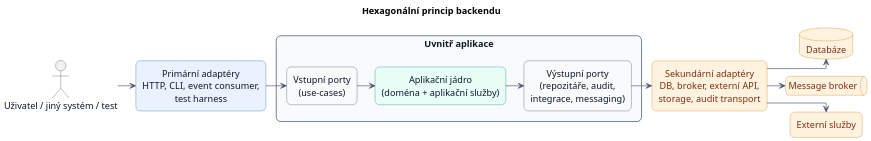
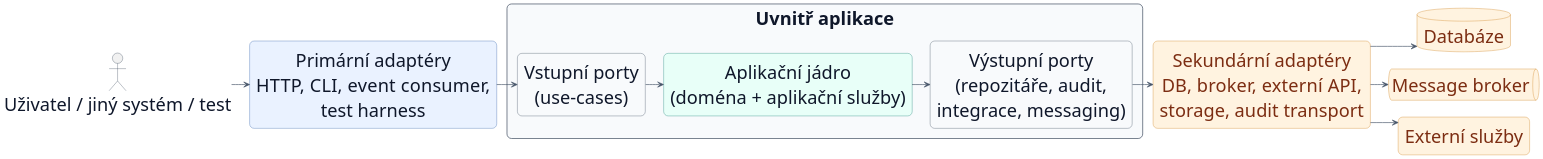
One commit to pavelvachaaa/diploma-thesis changed the diagram in procesy/architecture/hexagonal-principle.puml. Above: the diagram before and after it, drawn with PlantUML. The commit also changed 15 other files, not shown here.

```diff
--- a/procesy/architecture/hexagonal-principle.puml
+++ b/procesy/architecture/hexagonal-principle.puml
@@ -1,81 +1,81 @@
 @startuml
 left to right direction
 hide stereotype
 
 skinparam backgroundColor transparent
 skinparam shadowing false
 skinparam linetype ortho
 skinparam packageStyle rectangle
 skinparam defaultFontName Arial
 skinparam defaultTextAlignment center
 skinparam dpi 160
 skinparam ranksep 28
 skinparam nodesep 26
 skinparam ArrowColor #475569
 skinparam ArrowThickness 1.0
 skinparam RoundCorner 14
+skinparam defaultFontSize 28
 
 skinparam rectangle {
   BackgroundColor #F8FAFC
   BorderColor #334155
   FontColor #0F172A
 }
 
 skinparam rectangle<<primary>> {
   BackgroundColor #EAF2FF
   BorderColor #2B5AA6
 }
 
 skinparam rectangle<<core>> {
   BackgroundColor #E8FFF8
   BorderColor #0F766E
 }
 
 skinparam rectangle<<secondary>> {
   BackgroundColor #FFF3E0
   BorderColor #C97A10
   FontColor #7C2D12
 }
 
 skinparam actor {
   BorderColor #334155
   FontColor #0F172A
 }
 
 skinparam database {
   BackgroundColor #FFF3E0
   BorderColor #C97A10
   FontColor #7C2D12
 }
 
 skinparam queue {
   BackgroundColor #FFF3E0
   BorderColor #C97A10
   FontColor #7C2D12
 }
 
-title Hexagonální princip backendu
 
 actor "Uživatel / jiný systém / test" as ACTOR
 rectangle "Primární adaptéry\nHTTP, CLI, event consumer,\ntest harness" <<primary>> as PRIMARY
 
 package "Uvnitř aplikace" {
   rectangle "Vstupní porty\n(use-cases)" as INPORTS
   rectangle "Aplikační jádro\n(doména + aplikační služby)" <<core>> as CORE
   rectangle "Výstupní porty\n(repozitáře, audit,\nintegrace, messaging)" as OUTPORTS
 }
 
 rectangle "Sekundární adaptéry\nDB, broker, externí API,\nstorage, audit transport" <<secondary>> as SECONDARY
 database "Databáze" as DB
 queue "Message broker" as MQ
 rectangle "Externí služby" <<secondary>> as EXT
 
 ACTOR --> PRIMARY
 PRIMARY --> INPORTS
 INPORTS --> CORE
 CORE --> OUTPORTS
 OUTPORTS --> SECONDARY
 SECONDARY --> DB
 SECONDARY --> MQ
 SECONDARY --> EXT
 @enduml
```
